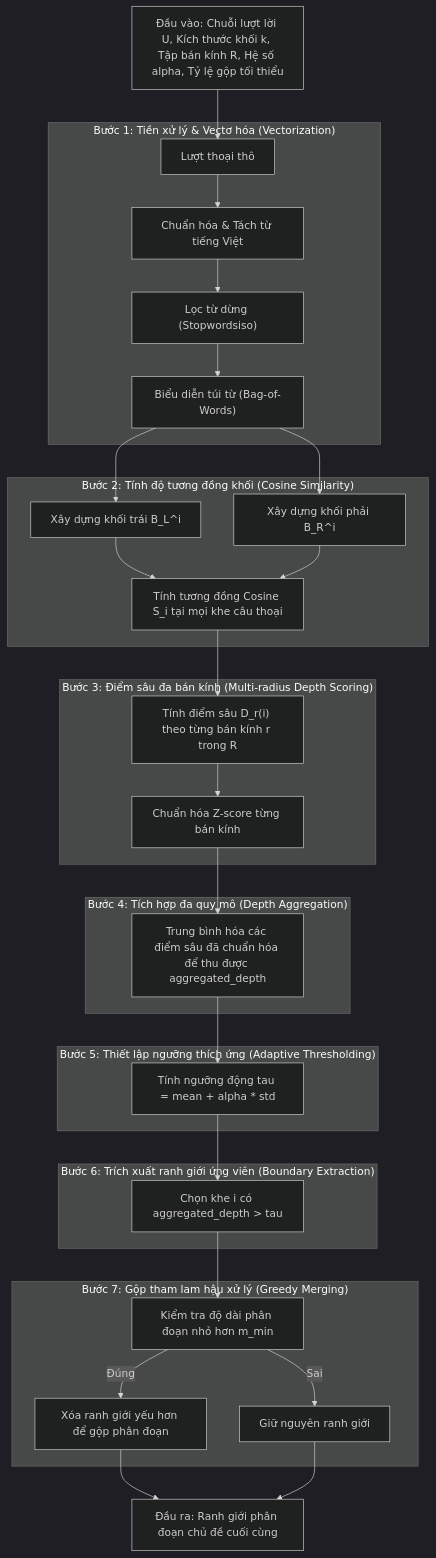
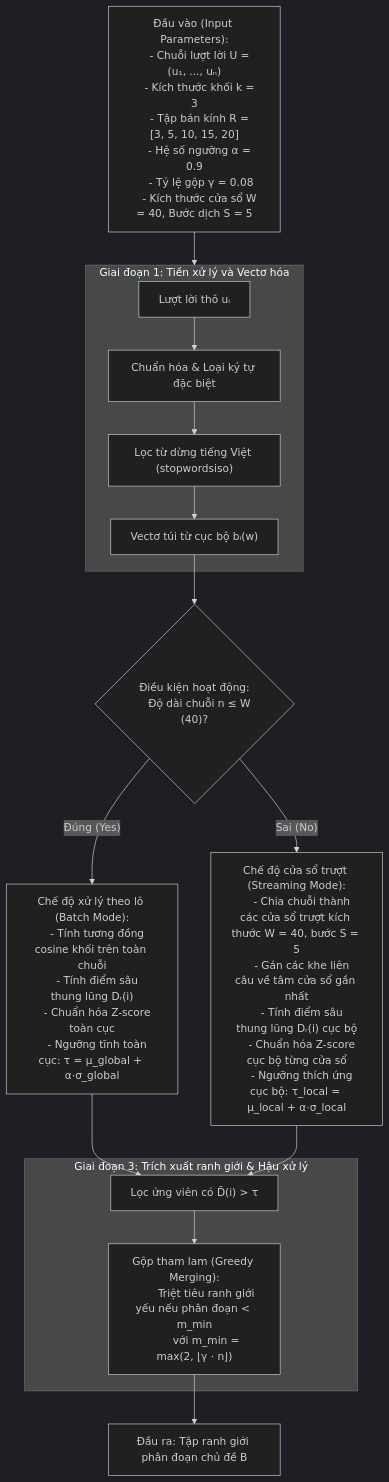
One commit to quangkmhd/AIP491_G5_SU26_hierarchical-highlights-summarizer changed the second of 3 diagrams in report_compilation/Khoa_luan_Streaming_Meeting_Summary_hoan_chinh.md. Above: the diagram before and after it, drawn with Mermaid (dark theme). The commit also changed other lines of this file, not shown here.

````diff
--- a/report_compilation/Khoa_luan_Streaming_Meeting_Summary_hoan_chinh.md
+++ b/report_compilation/Khoa_luan_Streaming_Meeting_Summary_hoan_chinh.md
@@ -243,55 +189,50 @@
 ```mermaid
-graph TD
-    %% Input
-    Input["Đầu vào: Chuỗi lượt lời U, Kích thước khối k, Tập bán kính R, Hệ số alpha, Tỷ lệ gộp tối thiểu"] --> Raw
+flowchart TD
+    %% Input Node with exact details and limits
+    Input["Đầu vào (Input Parameters):
+    - Chuỗi lượt lời U = (u₁, ..., uₙ)
+    - Kích thước khối k = 3
+    - Tập bán kính R = [3, 5, 10, 15, 20]
+    - Hệ số ngưỡng α = 0.9
+    - Tỷ lệ gộp γ = 0.08
+    - Kích thước cửa sổ W = 40, Bước dịch S = 5"] --> Stage1
 
-    subgraph Step1["Bước 1: Tiền xử lý & Vectơ hóa (Vectorization)"]
-        Raw["Lượt thoại thô"] --> Tokenize["Chuẩn hóa & Tách từ tiếng Việt"]
-        Tokenize --> Stopwords["Lọc từ dừng (Stopwordsiso)"]
-        Stopwords --> BoW["Biểu diễn túi từ (Bag-of-Words)"]
+    %% Stage 1
+    subgraph Stage1["Giai đoạn 1: Tiền xử lý và Vectơ hóa"]
+        Raw["Lượt lời thô uᵢ"] --> Norm["Chuẩn hóa & Loại ký tự đặc biệt"]
+        Norm --> Stopwords["Lọc từ dừng tiếng Việt (stopwordsiso)"]
+        Stopwords --> BoW["Vectơ túi từ cục bộ bᵢ(w)"]
     end
 
-    BoW --> Left
-    BoW --> Right
+    %% Operating Condition Branching
+    BoW --> Condition{"Điều kiện hoạt động:
+    Độ dài chuỗi n ≤ W (40)?"}
 
-    subgraph Step2["Bước 2: Tính độ tương đồng khối (Cosine Similarity)"]
-        Left["Xây dựng khối trái B_L^i"]
-        Right["Xây dựng khối phải B_R^i"]
-        Left --> Cos["Tính tương đồng Cosine S_i tại mọi khe câu thoại"]
-        Right --> Cos
+    %% Batch Mode Path
+    Condition -->|"Đúng (Yes)"| Batch["Chế độ xử lý theo lô (Batch Mode):
+    - Tính tương đồng cosine khối trên toàn chuỗi
+    - Tính điểm sâu thung lũng Dᵣ(i)
+    - Chuẩn hóa Z-score toàn cục
+    - Ngưỡng tĩnh toàn cục: τ = μ_global + α·σ_global"]
+
+    %% Streaming Mode Path
+    Condition -->|"Sai (No)"| Streaming["Chế độ cửa sổ trượt (Streaming Mode):
+    - Chia chuỗi thành các cửa sổ trượt kích thước W = 40, bước S = 5
+    - Gán các khe liên câu về tâm cửa sổ gần nhất
+    - Tính điểm sâu thung lũng Dᵣ(i) cục bộ
+    - Chuẩn hóa Z-score cục bộ từng cửa sổ
+    - Ngưỡng thích ứng cục bộ: τ_local = μ_local + α·σ_local"]
+
+    %% Merge Paths
+    Batch --> PostProcess
+    Streaming --> PostProcess
+
+    %% Stage 4: Post-processing & Output
+    subgraph Stage4["Giai đoạn 3: Trích xuất ranh giới & Hậu xử lý"]
+        PostProcess["Lọc ứng viên có D̄(i) > τ"] --> Greedy["Gộp tham lam (Greedy Merging):
+        Triệt tiêu ranh giới yếu nếu phân đoạn < m_min
+        với m_min = max(2, ⌊γ · n⌋)"]
     end
 
-    Cos --> Depth
-
-    subgraph Step3["Bước 3: Điểm sâu đa bán kính (Multi-radius Depth Scoring)"]
-        Depth["Tính điểm sâu D_r(i) theo từng bán kính r trong R"] --> Norm["Chuẩn hóa Z-score từng bán kính"]
-    end
-
-    Norm --> Mean
-
-    subgraph Step4["Bước 4: Tích hợp đa quy mô (Depth Aggregation)"]
-        Mean["Trung bình hóa các điểm sâu đã chuẩn hóa để thu được aggregated_depth"]
-    end
-
-    Mean --> Threshold
-
-    subgraph Step5["Bước 5: Thiết lập ngưỡng thích ứng (Adaptive Thresholding)"]
-        Threshold["Tính ngưỡng động tau = mean + alpha * std"]
-    end
-
-    Threshold --> Select
-
-    subgraph Step6["Bước 6: Trích xuất ranh giới ứng viên (Boundary Extraction)"]
-        Select["Chọn khe i có aggregated_depth > tau"]
-    end
-
-    Select --> Check
-
-    subgraph Step7["Bước 7: Gộp tham lam hậu xử lý (Greedy Merging)"]
-        Check["Kiểm tra độ dài phân đoạn nhỏ hơn m_min"] -->|"Đúng"| Merge["Xóa ranh giới yếu hơn để gộp phân đoạn"]
-        Check -->|"Sai"| Keep["Giữ nguyên ranh giới"]
-    end
-
-    Merge --> Output["Đầu ra: Ranh giới phân đoạn chủ đề cuối cùng"]
-    Keep --> Output
+    Greedy --> Output["Đầu ra: Tập ranh giới phân đoạn chủ đề B"]
 ```
````
